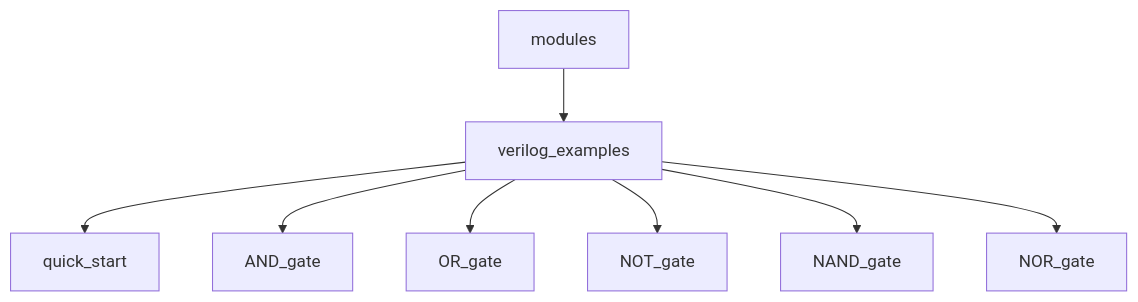
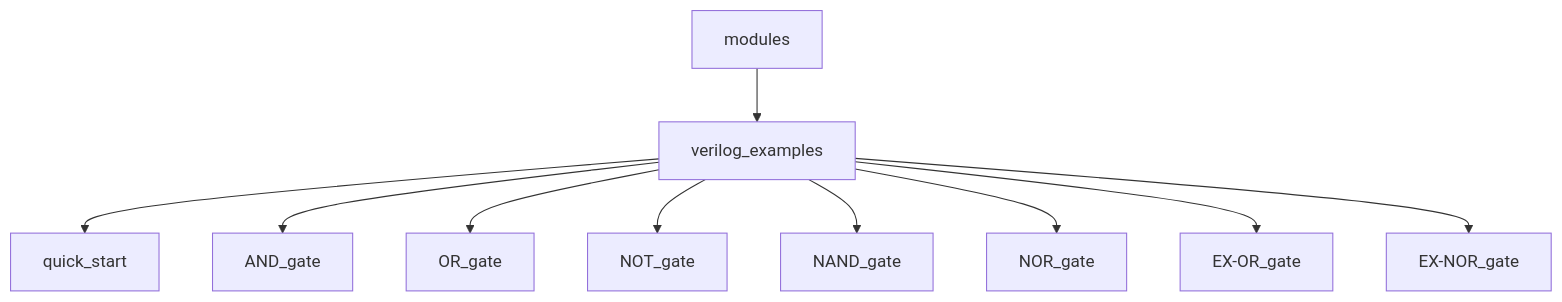
The second of 3 diagrams in README.md (micherciu/cocotb_examples), drawn with Mermaid before and after one commit. The commit also changed other lines of this file, not shown here.

Commit message:
[update] added documentation (EX-OR, EX-NOR): README.md

````diff
--- a/README.md
+++ b/README.md
@@ -55,10 +57,12 @@
 ```mermaid
 graph TD;
     modules-->verilog_examples;
     verilog_examples-->quick_start;
     verilog_examples-->AND_gate;
     verilog_examples-->OR_gate;
     verilog_examples-->NOT_gate;
     verilog_examples-->NAND_gate;
     verilog_examples-->NOR_gate;
+    verilog_examples-->EX-OR_gate;
+    verilog_examples-->EX-NOR_gate;
 ```
````
